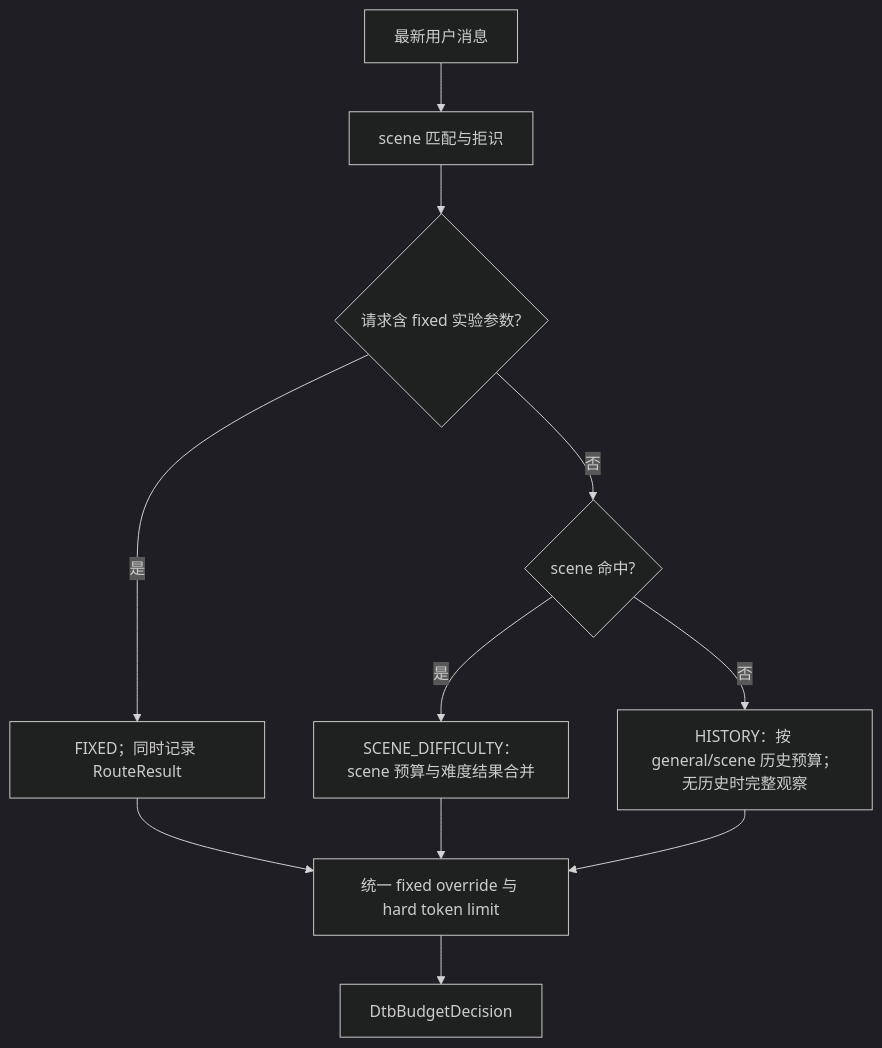
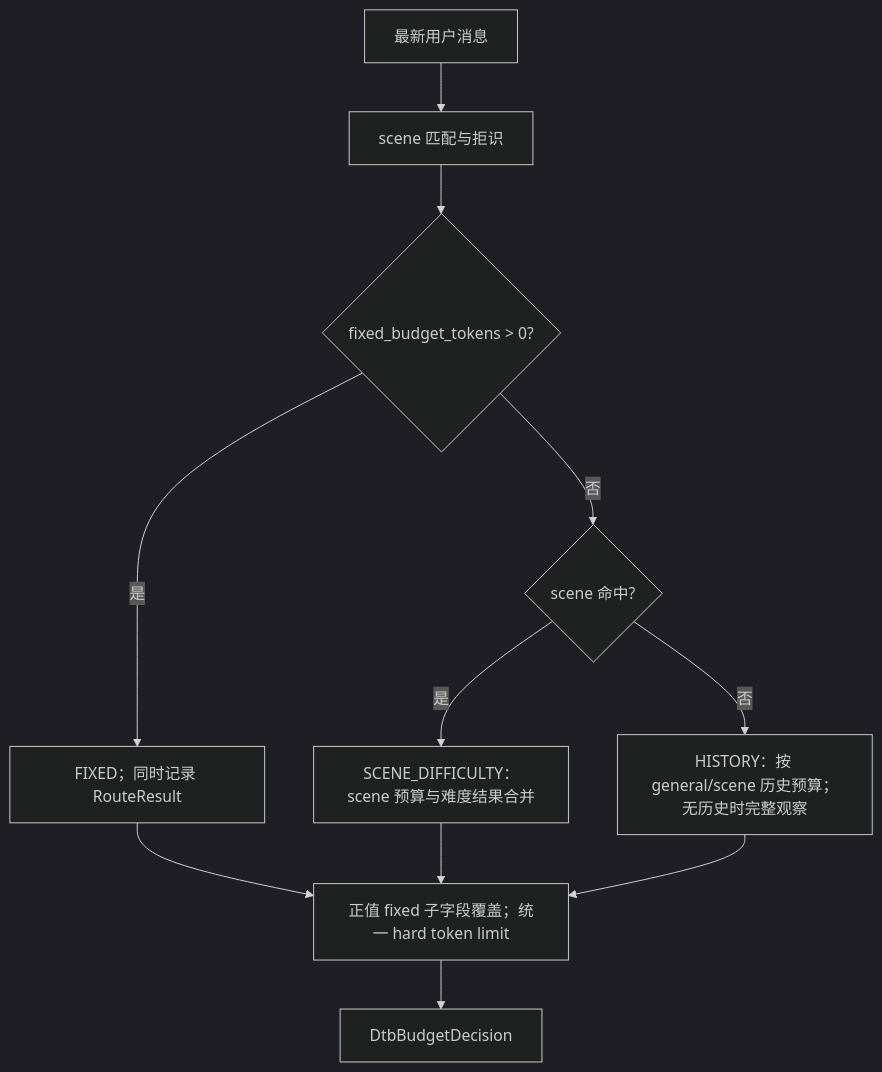
The first of 2 diagrams in docs/design/think_budget_generalization_plan.md (F00L42/TB), drawn with Mermaid (dark theme) before and after one commit. The commit also changed other lines of this file, not shown here.

````diff
--- a/docs/design/think_budget_generalization_plan.md
+++ b/docs/design/think_budget_generalization_plan.md
@@ -251,13 +251,13 @@
 ```mermaid
 flowchart TD
     A["最新用户消息"] --> B["scene 匹配与拒识"]
-    B --> C{"请求含 fixed 实验参数?"}
+    B --> C{"fixed_budget_tokens > 0?"}
     C -- "是" --> D["FIXED；同时记录 RouteResult"]
     C -- "否" --> E{"scene 命中?"}
     E -- "是" --> F["SCENE_DIFFICULTY：scene 预算与难度结果合并"]
     E -- "否" --> G["HISTORY：按 general/scene 历史预算；无历史时完整观察"]
-    D --> H["统一 fixed override 与 hard token limit"]
+    D --> H["正值 fixed 子字段覆盖；统一 hard token limit"]
     F --> H
     G --> H
     H --> I["DtbBudgetDecision"]
 ```
````
